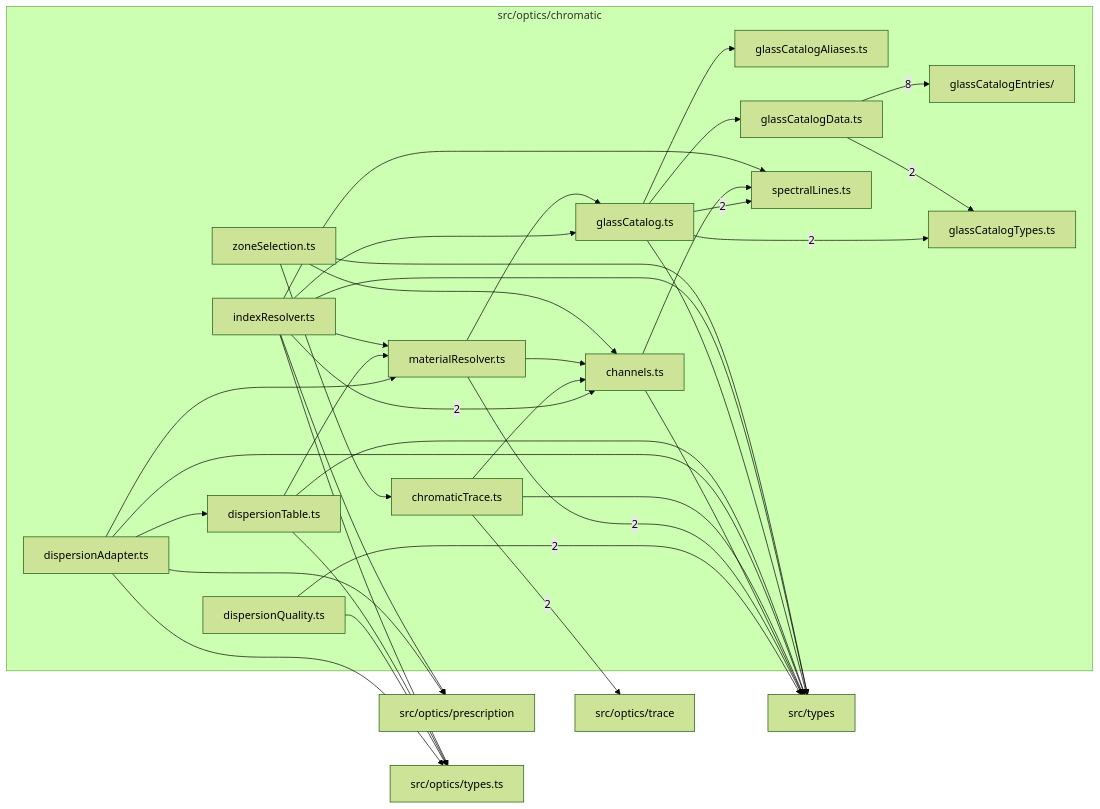
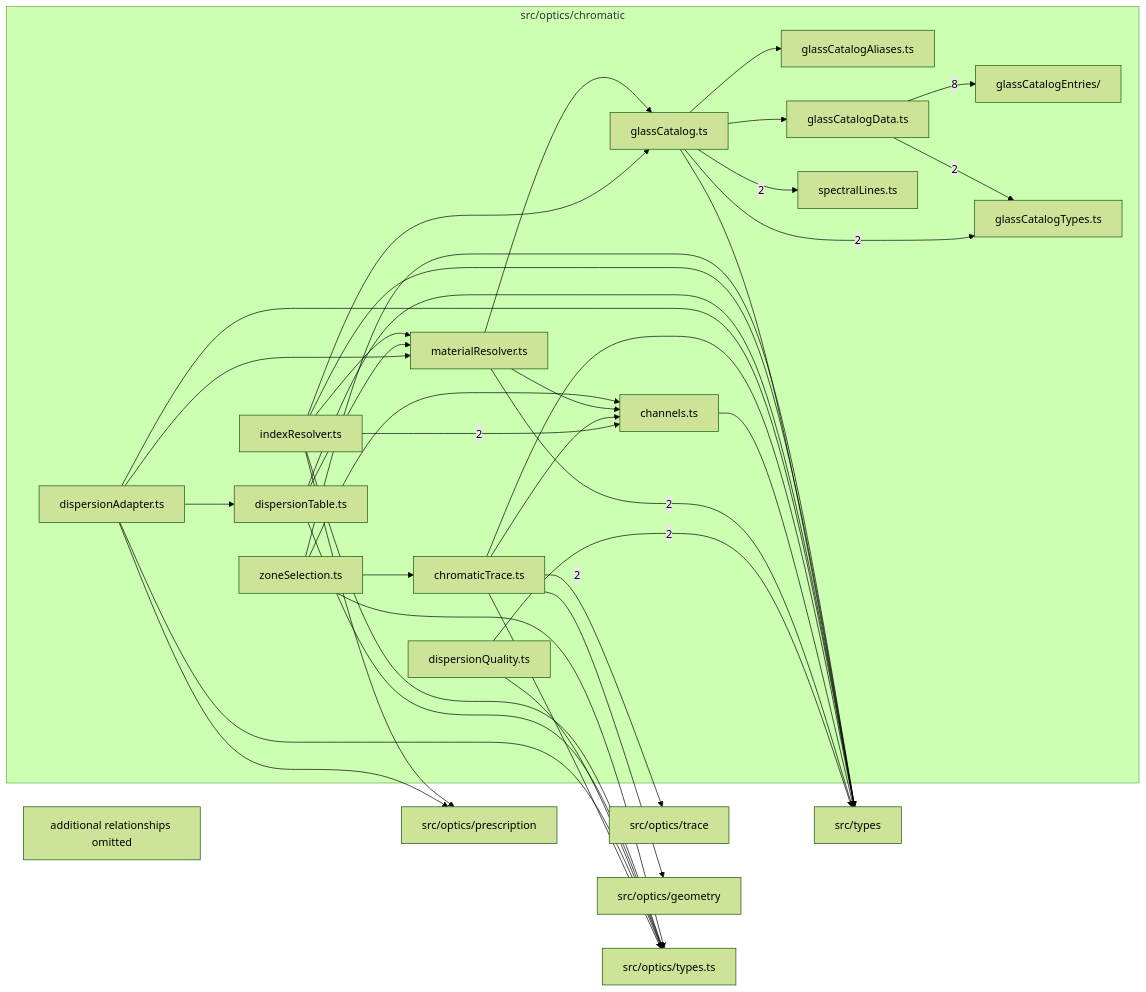
The diagram in src/optics/chromatic/readme.md (ronbuening/LensVisualizer), drawn with Mermaid (forest theme) before and after one commit. The commit also changed other lines of this file and 57 other files, not shown here.

````diff
--- a/src/optics/chromatic/readme.md
+++ b/src/optics/chromatic/readme.md
@@ -9,58 +9,61 @@
 ```mermaid
 flowchart LR
   subgraph n_src_optics_chromatic["src/optics/chromatic"]
     n_src_optics_chromatic_src_optics_chromatic_glassCatalogEntries["glassCatalogEntries/"]
     n_src_optics_chromatic_src_optics_chromatic_channels_ts["channels.ts"]
     n_src_optics_chromatic_src_optics_chromatic_chromaticTrace_ts["chromaticTrace.ts"]
     n_src_optics_chromatic_src_optics_chromatic_dispersionAdapter_ts["dispersionAdapter.ts"]
     n_src_optics_chromatic_src_optics_chromatic_dispersionQuality_ts["dispersionQuality.ts"]
     n_src_optics_chromatic_src_optics_chromatic_dispersionTable_ts["dispersionTable.ts"]
     n_src_optics_chromatic_src_optics_chromatic_glassCatalog_ts["glassCatalog.ts"]
     n_src_optics_chromatic_src_optics_chromatic_glassCatalogAliases_ts["glassCatalogAliases.ts"]
     n_src_optics_chromatic_src_optics_chromatic_glassCatalogData_ts["glassCatalogData.ts"]
     n_src_optics_chromatic_src_optics_chromatic_glassCatalogTypes_ts["glassCatalogTypes.ts"]
     n_src_optics_chromatic_src_optics_chromatic_indexResolver_ts["indexResolver.ts"]
     n_src_optics_chromatic_src_optics_chromatic_materialResolver_ts["materialResolver.ts"]
     n_src_optics_chromatic_src_optics_chromatic_spectralLines_ts["spectralLines.ts"]
     n_src_optics_chromatic_src_optics_chromatic_zoneSelection_ts["zoneSelection.ts"]
   end
   n_external_src_optics_trace["src/optics/trace"]
   n_external_src_types["src/types"]
+  n_external_src_optics_geometry["src/optics/geometry"]
   n_external_src_optics_prescription["src/optics/prescription"]
   n_external_src_optics_types_ts["src/optics/types.ts"]
   n_src_optics_chromatic_src_optics_chromatic_glassCatalogData_ts --> |8| n_src_optics_chromatic_src_optics_chromatic_glassCatalogEntries
   n_src_optics_chromatic_src_optics_chromatic_chromaticTrace_ts --> |2| n_external_src_optics_trace
   n_src_optics_chromatic_src_optics_chromatic_dispersionQuality_ts --> |2| n_external_src_types
   n_src_optics_chromatic_src_optics_chromatic_materialResolver_ts --> |2| n_external_src_types
   n_src_optics_chromatic_src_optics_chromatic_indexResolver_ts --> |2| n_src_optics_chromatic_src_optics_chromatic_channels_ts
   n_src_optics_chromatic_src_optics_chromatic_glassCatalog_ts --> |2| n_src_optics_chromatic_src_optics_chromatic_glassCatalogTypes_ts
   n_src_optics_chromatic_src_optics_chromatic_glassCatalogData_ts --> |2| n_src_optics_chromatic_src_optics_chromatic_glassCatalogTypes_ts
   n_src_optics_chromatic_src_optics_chromatic_glassCatalog_ts --> |2| n_src_optics_chromatic_src_optics_chromatic_spectralLines_ts
+  n_src_optics_chromatic_src_optics_chromatic_chromaticTrace_ts --> n_external_src_optics_geometry
   n_src_optics_chromatic_src_optics_chromatic_dispersionAdapter_ts --> n_external_src_optics_prescription
   n_src_optics_chromatic_src_optics_chromatic_indexResolver_ts --> n_external_src_optics_prescription
+  n_src_optics_chromatic_src_optics_chromatic_chromaticTrace_ts --> n_external_src_optics_types_ts
   n_src_optics_chromatic_src_optics_chromatic_dispersionAdapter_ts --> n_external_src_optics_types_ts
   n_src_optics_chromatic_src_optics_chromatic_dispersionQuality_ts --> n_external_src_optics_types_ts
   n_src_optics_chromatic_src_optics_chromatic_dispersionTable_ts --> n_external_src_optics_types_ts
   n_src_optics_chromatic_src_optics_chromatic_indexResolver_ts --> n_external_src_optics_types_ts
+  n_src_optics_chromatic_src_optics_chromatic_zoneSelection_ts --> n_external_src_optics_types_ts
   n_src_optics_chromatic_src_optics_chromatic_channels_ts --> n_external_src_types
   n_src_optics_chromatic_src_optics_chromatic_chromaticTrace_ts --> n_external_src_types
   n_src_optics_chromatic_src_optics_chromatic_dispersionAdapter_ts --> n_external_src_types
   n_src_optics_chromatic_src_optics_chromatic_dispersionTable_ts --> n_external_src_types
   n_src_optics_chromatic_src_optics_chromatic_glassCatalog_ts --> n_external_src_types
   n_src_optics_chromatic_src_optics_chromatic_indexResolver_ts --> n_external_src_types
   n_src_optics_chromatic_src_optics_chromatic_zoneSelection_ts --> n_external_src_types
   n_src_optics_chromatic_src_optics_chromatic_chromaticTrace_ts --> n_src_optics_chromatic_src_optics_chromatic_channels_ts
   n_src_optics_chromatic_src_optics_chromatic_materialResolver_ts --> n_src_optics_chromatic_src_optics_chromatic_channels_ts
   n_src_optics_chromatic_src_optics_chromatic_zoneSelection_ts --> n_src_optics_chromatic_src_optics_chromatic_channels_ts
   n_src_optics_chromatic_src_optics_chromatic_zoneSelection_ts --> n_src_optics_chromatic_src_optics_chromatic_chromaticTrace_ts
   n_src_optics_chromatic_src_optics_chromatic_dispersionAdapter_ts --> n_src_optics_chromatic_src_optics_chromatic_dispersionTable_ts
   n_src_optics_chromatic_src_optics_chromatic_indexResolver_ts --> n_src_optics_chromatic_src_optics_chromatic_glassCatalog_ts
   n_src_optics_chromatic_src_optics_chromatic_materialResolver_ts --> n_src_optics_chromatic_src_optics_chromatic_glassCatalog_ts
   n_src_optics_chromatic_src_optics_chromatic_glassCatalog_ts --> n_src_optics_chromatic_src_optics_chromatic_glassCatalogAliases_ts
   n_src_optics_chromatic_src_optics_chromatic_glassCatalog_ts --> n_src_optics_chromatic_src_optics_chromatic_glassCatalogData_ts
   n_src_optics_chromatic_src_optics_chromatic_dispersionAdapter_ts --> n_src_optics_chromatic_src_optics_chromatic_materialResolver_ts
   n_src_optics_chromatic_src_optics_chromatic_dispersionTable_ts --> n_src_optics_chromatic_src_optics_chromatic_materialResolver_ts
   n_src_optics_chromatic_src_optics_chromatic_indexResolver_ts --> n_src_optics_chromatic_src_optics_chromatic_materialResolver_ts
-  n_src_optics_chromatic_src_optics_chromatic_channels_ts --> n_src_optics_chromatic_src_optics_chromatic_spectralLines_ts
-  n_src_optics_chromatic_src_optics_chromatic_indexResolver_ts --> n_src_optics_chromatic_src_optics_chromatic_spectralLines_ts
+  n_src_optics_chromatic_truncated["additional relationships omitted"]
 ```
````
